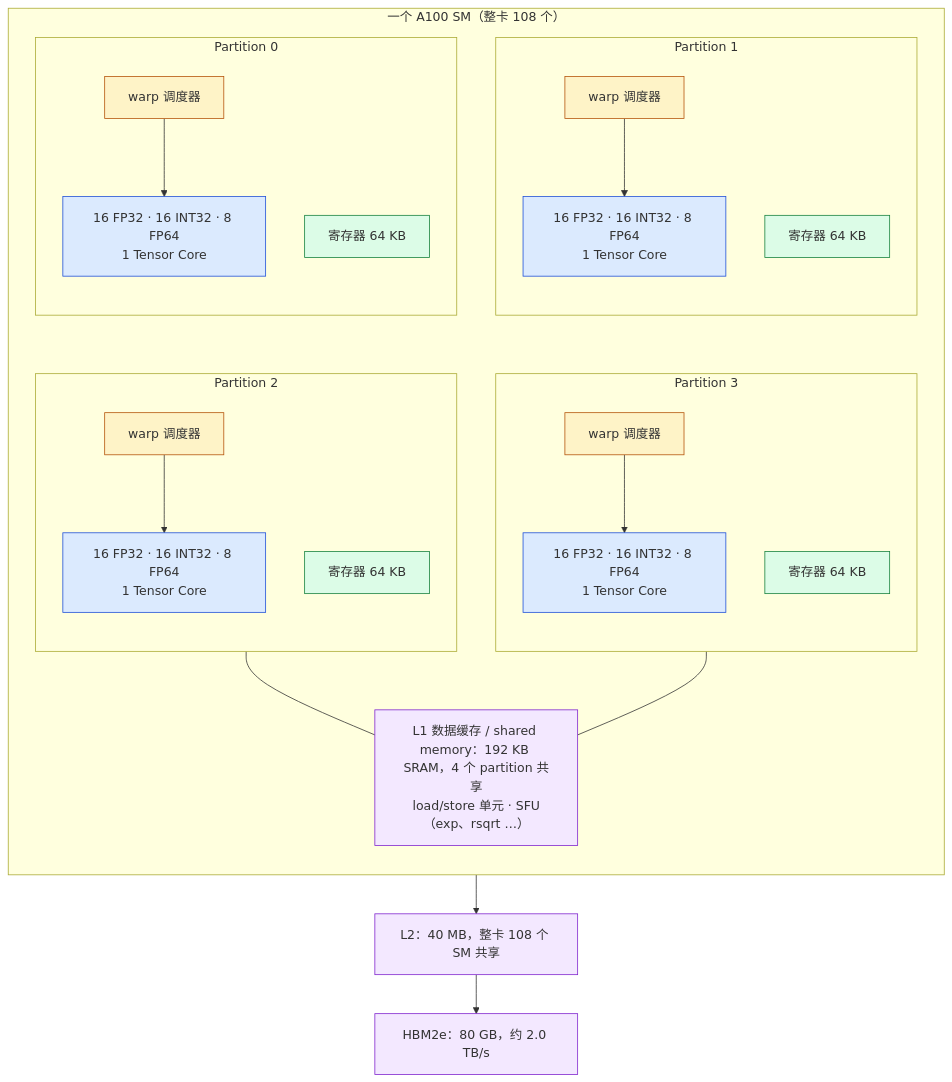
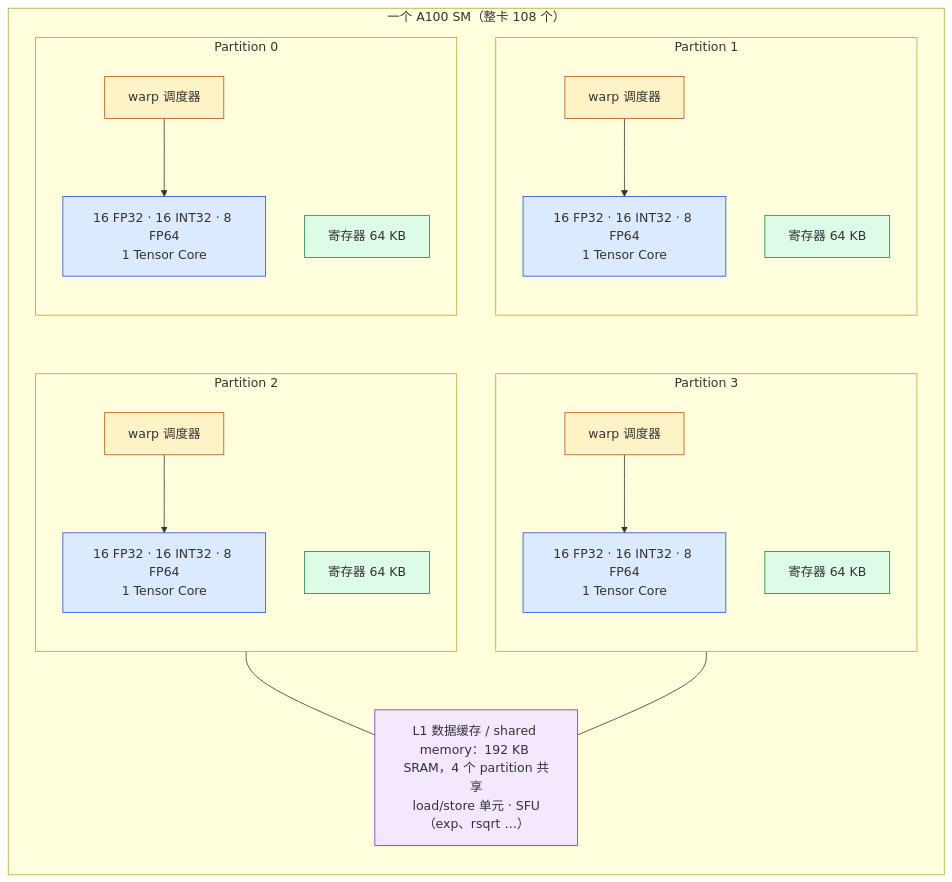
One commit to arganzheng/arganzheng.github.com changed the fourth of 15 diagrams in _posts/2026-05-11-gpu-architecture-and-roofline.md. Above: the diagram before and after it, drawn with Mermaid. The commit also changed other lines of this file and 2 other files, not shown here.

````diff
--- a/_posts/2026-05-11-gpu-architecture-and-roofline.md
+++ b/_posts/2026-05-11-gpu-architecture-and-roofline.md
@@ -81,36 +126,36 @@
 ```mermaid
+%% 一个 A100 SM 的内部：4 个 partition 各有调度器、寄存器与执行单元，共享 192 KB L1/shared
 flowchart TB
     classDef sch fill:#fef3c7,stroke:#b45309
     classDef exe fill:#dbeafe,stroke:#1d4ed8
     classDef reg fill:#dcfce7,stroke:#15803d
     classDef mem fill:#f3e8ff,stroke:#7e22ce
     subgraph SM["一个 A100 SM（整卡 108 个）"]
         direction TB
         subgraph P0["Partition 0"]
             direction TB
             S0["warp 调度器"]:::sch --> E0["16 FP32 · 16 INT32 · 8 FP64<br/>1 Tensor Core"]:::exe
             R0["寄存器 64 KB"]:::reg
         end
         subgraph P1["Partition 1"]
             direction TB
             S1["warp 调度器"]:::sch --> E1["16 FP32 · 16 INT32 · 8 FP64<br/>1 Tensor Core"]:::exe
             R1["寄存器 64 KB"]:::reg
         end
         subgraph P2["Partition 2"]
             direction TB
             S2["warp 调度器"]:::sch --> E2["16 FP32 · 16 INT32 · 8 FP64<br/>1 Tensor Core"]:::exe
             R2["寄存器 64 KB"]:::reg
         end
         subgraph P3["Partition 3"]
             direction TB
             S3["warp 调度器"]:::sch --> E3["16 FP32 · 16 INT32 · 8 FP64<br/>1 Tensor Core"]:::exe
             R3["寄存器 64 KB"]:::reg
         end
         P0 ~~~ P2
         P1 ~~~ P3
         L1["L1 数据缓存 / shared memory：192 KB SRAM，4 个 partition 共享<br/>load/store 单元 · SFU（exp、rsqrt …）"]:::mem
         P2 --- L1
         P3 --- L1
     end
-    L1 --> L2["L2：40 MB，整卡 108 个 SM 共享"]:::mem --> HBM["HBM2e：80 GB，约 2.0 TB/s"]:::mem
 ```
````
